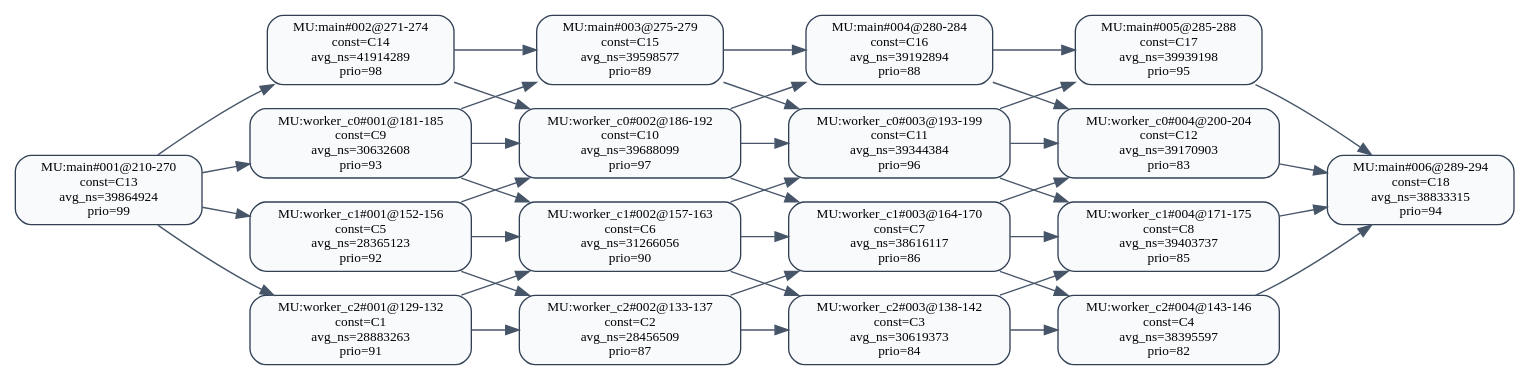
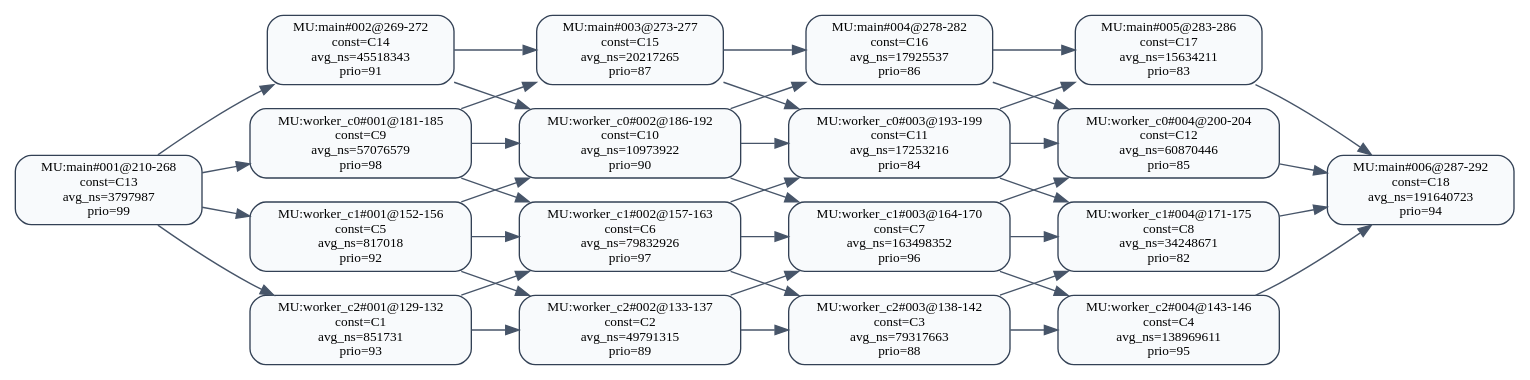
The diagram in 中间结果/zhang3/pipeline/validation/level2/effective_line_merge/zhao2020/dag_seg_annotated.dot (RTS-SYSU/DAG-Gen), drawn with Graphviz before and after one commit. The commit also changed 1980 other files, not shown here.

```diff
--- a/中间结果/zhang3/pipeline/validation/level2/effective_line_merge/zhao2020/dag_seg_annotated.dot
+++ b/中间结果/zhang3/pipeline/validation/level2/effective_line_merge/zhao2020/dag_seg_annotated.dot
@@ -1,61 +1,61 @@
 digraph dag_seg_annotated {
   rankdir=LR;
   node [shape=box, style="rounded,filled", fillcolor="#F8FAFC", color="#334155", fontsize=10];
   edge [color="#475569"];
-  "MU:main#001@210-270" [label="MU:main#001@210-270\nconst=C13\navg_ns=39864924\nprio=99"];
-  "MU:main#002@271-274" [label="MU:main#002@271-274\nconst=C14\navg_ns=41914289\nprio=98"];
-  "MU:main#003@275-279" [label="MU:main#003@275-279\nconst=C15\navg_ns=39598577\nprio=89"];
-  "MU:main#004@280-284" [label="MU:main#004@280-284\nconst=C16\navg_ns=39192894\nprio=88"];
-  "MU:main#005@285-288" [label="MU:main#005@285-288\nconst=C17\navg_ns=39939198\nprio=95"];
-  "MU:main#006@289-294" [label="MU:main#006@289-294\nconst=C18\navg_ns=38833315\nprio=94"];
-  "MU:worker_c0#001@181-185" [label="MU:worker_c0#001@181-185\nconst=C9\navg_ns=30632608\nprio=93"];
-  "MU:worker_c0#002@186-192" [label="MU:worker_c0#002@186-192\nconst=C10\navg_ns=39688099\nprio=97"];
-  "MU:worker_c0#003@193-199" [label="MU:worker_c0#003@193-199\nconst=C11\navg_ns=39344384\nprio=96"];
-  "MU:worker_c0#004@200-204" [label="MU:worker_c0#004@200-204\nconst=C12\navg_ns=39170903\nprio=83"];
-  "MU:worker_c1#001@152-156" [label="MU:worker_c1#001@152-156\nconst=C5\navg_ns=28365123\nprio=92"];
-  "MU:worker_c1#002@157-163" [label="MU:worker_c1#002@157-163\nconst=C6\navg_ns=31266056\nprio=90"];
-  "MU:worker_c1#003@164-170" [label="MU:worker_c1#003@164-170\nconst=C7\navg_ns=38616117\nprio=86"];
-  "MU:worker_c1#004@171-175" [label="MU:worker_c1#004@171-175\nconst=C8\navg_ns=39403737\nprio=85"];
-  "MU:worker_c2#001@129-132" [label="MU:worker_c2#001@129-132\nconst=C1\navg_ns=28883263\nprio=91"];
-  "MU:worker_c2#002@133-137" [label="MU:worker_c2#002@133-137\nconst=C2\navg_ns=28456509\nprio=87"];
-  "MU:worker_c2#003@138-142" [label="MU:worker_c2#003@138-142\nconst=C3\navg_ns=30619373\nprio=84"];
-  "MU:worker_c2#004@143-146" [label="MU:worker_c2#004@143-146\nconst=C4\navg_ns=38395597\nprio=82"];
+  "MU:main#001@210-268" [label="MU:main#001@210-268\nconst=C13\navg_ns=3797987\nprio=99"];
+  "MU:main#002@269-272" [label="MU:main#002@269-272\nconst=C14\navg_ns=45518343\nprio=91"];
+  "MU:main#003@273-277" [label="MU:main#003@273-277\nconst=C15\navg_ns=20217265\nprio=87"];
+  "MU:main#004@278-282" [label="MU:main#004@278-282\nconst=C16\navg_ns=17925537\nprio=86"];
+  "MU:main#005@283-286" [label="MU:main#005@283-286\nconst=C17\navg_ns=15634211\nprio=83"];
+  "MU:main#006@287-292" [label="MU:main#006@287-292\nconst=C18\navg_ns=191640723\nprio=94"];
+  "MU:worker_c0#001@181-185" [label="MU:worker_c0#001@181-185\nconst=C9\navg_ns=57076579\nprio=98"];
+  "MU:worker_c0#002@186-192" [label="MU:worker_c0#002@186-192\nconst=C10\navg_ns=10973922\nprio=90"];
+  "MU:worker_c0#003@193-199" [label="MU:worker_c0#003@193-199\nconst=C11\navg_ns=17253216\nprio=84"];
+  "MU:worker_c0#004@200-204" [label="MU:worker_c0#004@200-204\nconst=C12\navg_ns=60870446\nprio=85"];
+  "MU:worker_c1#001@152-156" [label="MU:worker_c1#001@152-156\nconst=C5\navg_ns=817018\nprio=92"];
+  "MU:worker_c1#002@157-163" [label="MU:worker_c1#002@157-163\nconst=C6\navg_ns=79832926\nprio=97"];
+  "MU:worker_c1#003@164-170" [label="MU:worker_c1#003@164-170\nconst=C7\navg_ns=163498352\nprio=96"];
+  "MU:worker_c1#004@171-175" [label="MU:worker_c1#004@171-175\nconst=C8\navg_ns=34248671\nprio=82"];
+  "MU:worker_c2#001@129-132" [label="MU:worker_c2#001@129-132\nconst=C1\navg_ns=851731\nprio=93"];
+  "MU:worker_c2#002@133-137" [label="MU:worker_c2#002@133-137\nconst=C2\navg_ns=49791315\nprio=89"];
+  "MU:worker_c2#003@138-142" [label="MU:worker_c2#003@138-142\nconst=C3\navg_ns=79317663\nprio=88"];
+  "MU:worker_c2#004@143-146" [label="MU:worker_c2#004@143-146\nconst=C4\navg_ns=138969611\nprio=95"];
   "MU:worker_c2#001@129-132" -> "MU:worker_c2#002@133-137";
   "MU:worker_c2#002@133-137" -> "MU:worker_c2#003@138-142";
   "MU:worker_c2#003@138-142" -> "MU:worker_c2#004@143-146";
   "MU:worker_c1#001@152-156" -> "MU:worker_c1#002@157-163";
   "MU:worker_c1#002@157-163" -> "MU:worker_c1#003@164-170";
   "MU:worker_c1#003@164-170" -> "MU:worker_c1#004@171-175";
   "MU:worker_c0#001@181-185" -> "MU:worker_c0#002@186-192";
   "MU:worker_c0#002@186-192" -> "MU:worker_c0#003@193-199";
   "MU:worker_c0#003@193-199" -> "MU:worker_c0#004@200-204";
-  "MU:main#001@210-270" -> "MU:main#002@271-274";
-  "MU:main#002@271-274" -> "MU:main#003@275-279";
-  "MU:main#003@275-279" -> "MU:main#004@280-284";
-  "MU:main#004@280-284" -> "MU:main#005@285-288";
-  "MU:main#005@285-288" -> "MU:main#006@289-294";
-  "MU:main#001@210-270" -> "MU:worker_c0#001@181-185";
-  "MU:main#001@210-270" -> "MU:worker_c1#001@152-156";
-  "MU:main#001@210-270" -> "MU:worker_c2#001@129-132";
-  "MU:worker_c0#004@200-204" -> "MU:main#006@289-294";
-  "MU:worker_c1#004@171-175" -> "MU:main#006@289-294";
-  "MU:worker_c2#004@143-146" -> "MU:main#006@289-294";
+  "MU:main#001@210-268" -> "MU:main#002@269-272";
+  "MU:main#002@269-272" -> "MU:main#003@273-277";
+  "MU:main#003@273-277" -> "MU:main#004@278-282";
+  "MU:main#004@278-282" -> "MU:main#005@283-286";
+  "MU:main#005@283-286" -> "MU:main#006@287-292";
+  "MU:main#001@210-268" -> "MU:worker_c0#001@181-185";
+  "MU:main#001@210-268" -> "MU:worker_c1#001@152-156";
+  "MU:main#001@210-268" -> "MU:worker_c2#001@129-132";
+  "MU:worker_c0#004@200-204" -> "MU:main#006@287-292";
+  "MU:worker_c1#004@171-175" -> "MU:main#006@287-292";
+  "MU:worker_c2#004@143-146" -> "MU:main#006@287-292";
   "MU:worker_c2#001@129-132" -> "MU:worker_c1#002@157-163";
   "MU:worker_c1#001@152-156" -> "MU:worker_c2#002@133-137";
   "MU:worker_c2#002@133-137" -> "MU:worker_c1#003@164-170";
   "MU:worker_c1#002@157-163" -> "MU:worker_c2#003@138-142";
   "MU:worker_c2#003@138-142" -> "MU:worker_c1#004@171-175";
   "MU:worker_c1#003@164-170" -> "MU:worker_c2#004@143-146";
   "MU:worker_c1#001@152-156" -> "MU:worker_c0#002@186-192";
   "MU:worker_c0#001@181-185" -> "MU:worker_c1#002@157-163";
   "MU:worker_c1#002@157-163" -> "MU:worker_c0#003@193-199";
   "MU:worker_c0#002@186-192" -> "MU:worker_c1#003@164-170";
   "MU:worker_c1#003@164-170" -> "MU:worker_c0#004@200-204";
   "MU:worker_c0#003@193-199" -> "MU:worker_c1#004@171-175";
-  "MU:worker_c0#001@181-185" -> "MU:main#003@275-279";
-  "MU:main#002@271-274" -> "MU:worker_c0#002@186-192";
-  "MU:worker_c0#002@186-192" -> "MU:main#004@280-284";
-  "MU:main#003@275-279" -> "MU:worker_c0#003@193-199";
-  "MU:worker_c0#003@193-199" -> "MU:main#005@285-288";
-  "MU:main#004@280-284" -> "MU:worker_c0#004@200-204";
+  "MU:worker_c0#001@181-185" -> "MU:main#003@273-277";
+  "MU:main#002@269-272" -> "MU:worker_c0#002@186-192";
+  "MU:worker_c0#002@186-192" -> "MU:main#004@278-282";
+  "MU:main#003@273-277" -> "MU:worker_c0#003@193-199";
+  "MU:worker_c0#003@193-199" -> "MU:main#005@283-286";
+  "MU:main#004@278-282" -> "MU:worker_c0#004@200-204";
 }
```
